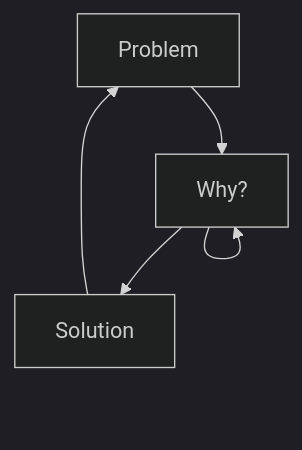
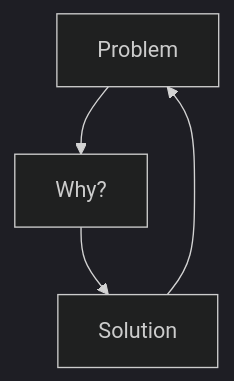
Before and after one commit to Jerome-Spaeter/Jerome-Spaeter: the diagram in README.md, drawn with Mermaid (dark theme). The commit also changed other lines of this file, not shown here.

````diff
--- a/README.md
+++ b/README.md
@@ -40,8 +40,6 @@
 ```mermaid
   graph TD;
       Problem-->Why?;
-      Why?-->Why?;
-      Why?-->Why?;
       Why?-->Solution;
       Solution-->Problem;
 ```
````
